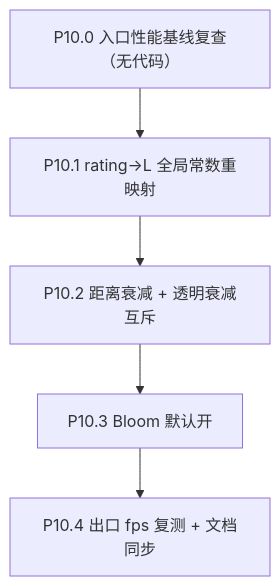
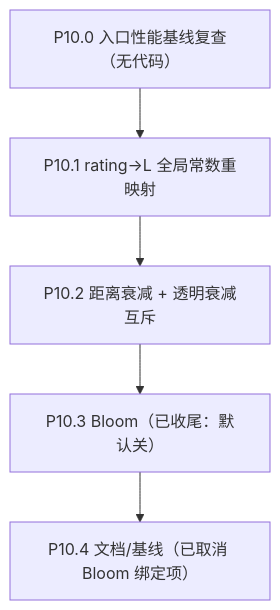
The diagram in .cursor/plans/phase_10_global_remap_1b67de2d.plan.md (XYBuilds/chronicle_v3_3d_galaxy), drawn with Mermaid before and after one commit. The commit also changed other lines of this file and 2 other files, not shown here.

First line of the commit message:
docs(P10.3): close Bloom default-on; report + plan; scene comment

````diff
--- a/.cursor/plans/phase_10_global_remap_1b67de2d.plan.md
+++ b/.cursor/plans/phase_10_global_remap_1b67de2d.plan.md
@@ -41,13 +41,13 @@
 ```mermaid
 flowchart TD
     P100["P10.0 入口性能基线复查（无代码）"]
     P101["P10.1 rating→L 全局常数重映射"]
     P102["P10.2 距离衰减 + 透明衰减互斥"]
-    P103["P10.3 Bloom 默认开"]
-    P104["P10.4 出口 fps 复测 + 文档同步"]
+    P103["P10.3 Bloom（已收尾：默认关）"]
+    P104["P10.4 文档/基线（已取消 Bloom 绑定项）"]
 
     P100 --> P101
     P101 --> P102
     P102 --> P103
     P103 --> P104
 ```
````
